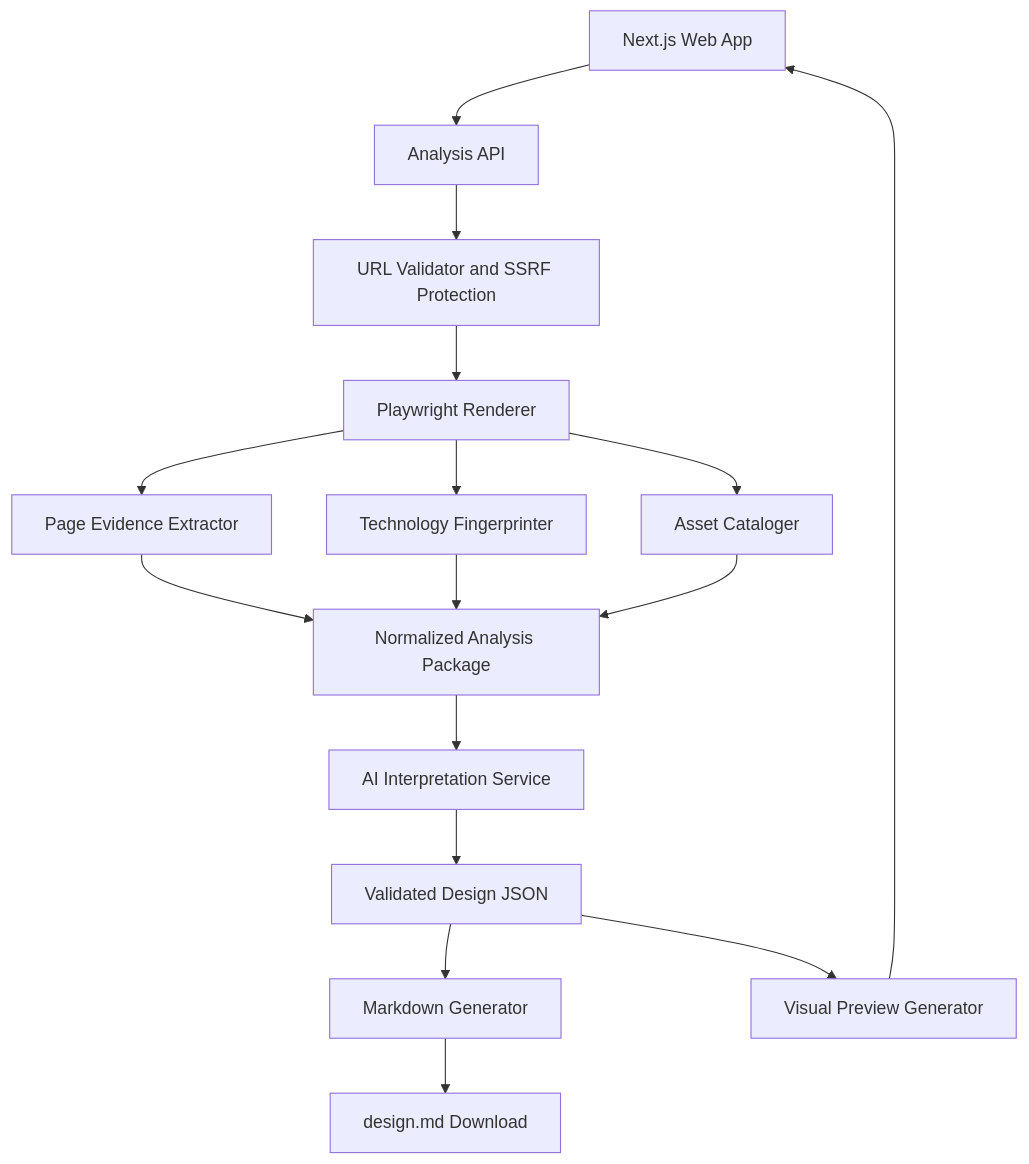
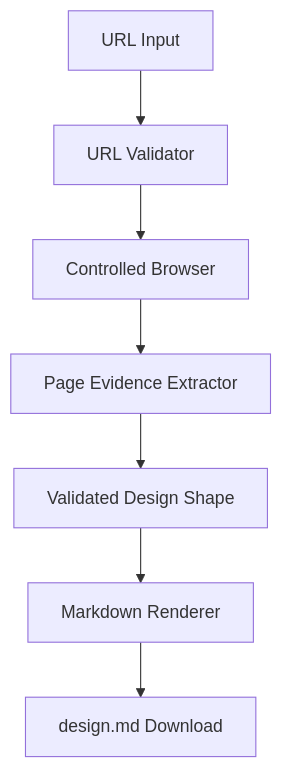
One commit to ysstbl/design.md changed the diagram in docs/superpowers/specs/2026-10-04-design-md-design.md. Above: the diagram before and after it, drawn with Mermaid. The commit also changed other lines of this file and 7 other files, not shown here.

````diff
--- a/docs/superpowers/specs/2026-10-04-design-md-design.md
+++ b/docs/superpowers/specs/2026-10-04-design-md-design.md
@@ -137,18 +81,9 @@
 ```mermaid
 flowchart TD
-    A[Next.js Web App] --> B[Analysis API]
-    B --> C[URL Validator and SSRF Protection]
-    C --> D[Playwright Renderer]
-    D --> E[Page Evidence Extractor]
-    D --> F[Technology Fingerprinter]
-    D --> G[Asset Cataloger]
-    E --> H[Normalized Analysis Package]
-    F --> H
-    G --> H
-    H --> I[AI Interpretation Service]
-    I --> J[Validated Design JSON]
-    J --> K[Markdown Generator]
-    J --> L[Visual Preview Generator]
-    K --> M[design.md Download]
-    L --> A
+    A[URL Input] --> B[URL Validator]
+    B --> C[Controlled Browser]
+    C --> D[Page Evidence Extractor]
+    D --> E[Validated Design Shape]
+    E --> F[Markdown Renderer]
+    F --> G[design.md Download]
 ```
````
